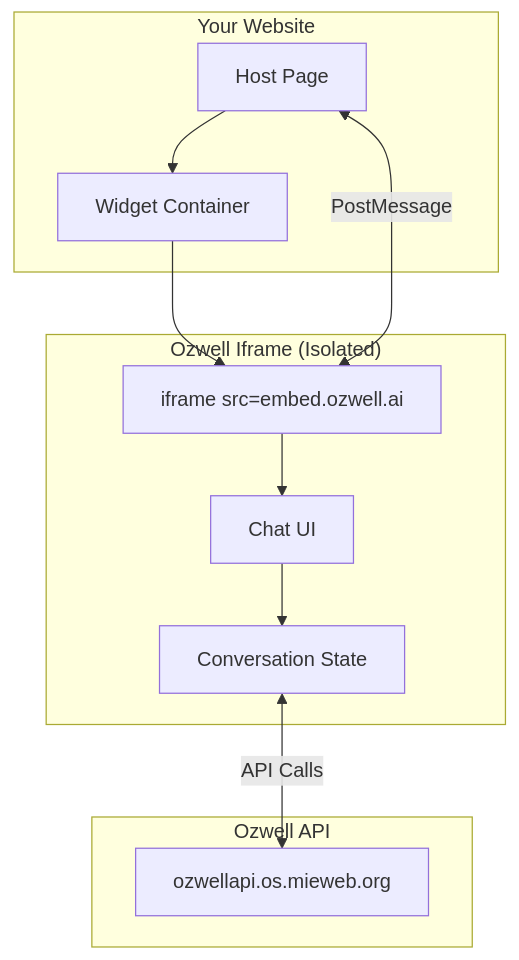
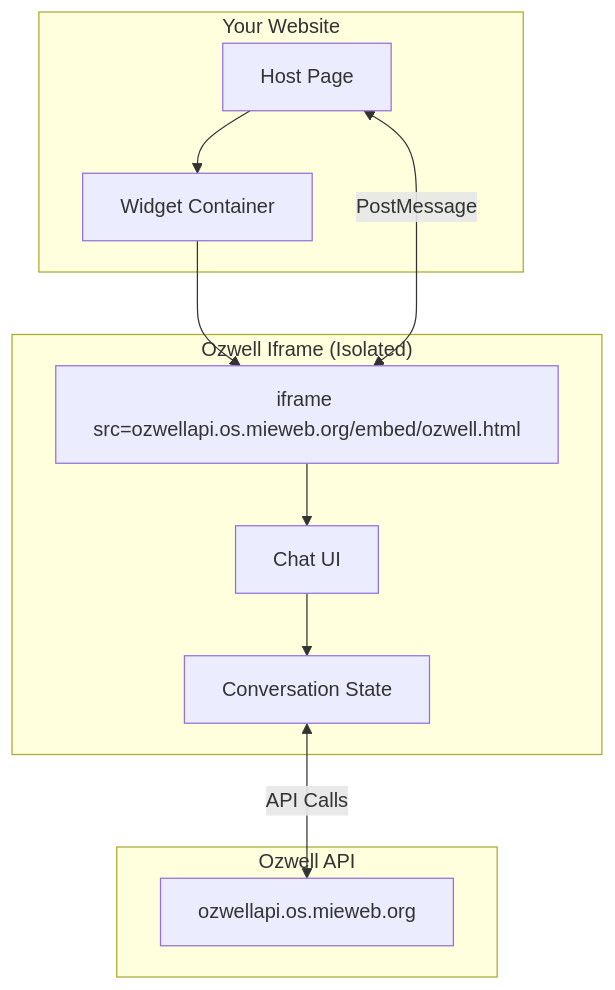
The diagram in docs/frontend/iframe-integration.md (mieweb/ozwellai-api), drawn with Mermaid before and after one commit. The commit also changed other lines of this file and 2 other files, not shown here.

````diff
--- a/docs/frontend/iframe-integration.md
+++ b/docs/frontend/iframe-integration.md
@@ -13,24 +13,24 @@
 ```mermaid
 graph TB
     subgraph "Your Website"
         Parent[Host Page]
         Container[Widget Container]
     end
     
     subgraph "Ozwell Iframe (Isolated)"
-        Iframe[iframe src=embed.ozwell.ai]
+        Iframe[iframe src=ozwellapi.os.mieweb.org/embed/ozwell.html]
         UI[Chat UI]
         State[Conversation State]
     end
     
     subgraph "Ozwell API"
         API[ozwellapi.os.mieweb.org]
     end
     
     Parent --> Container
     Container --> Iframe
     Iframe --> UI
     UI --> State
     State <-->|API Calls| API
     Parent <-->|PostMessage| Iframe
 ```
````
